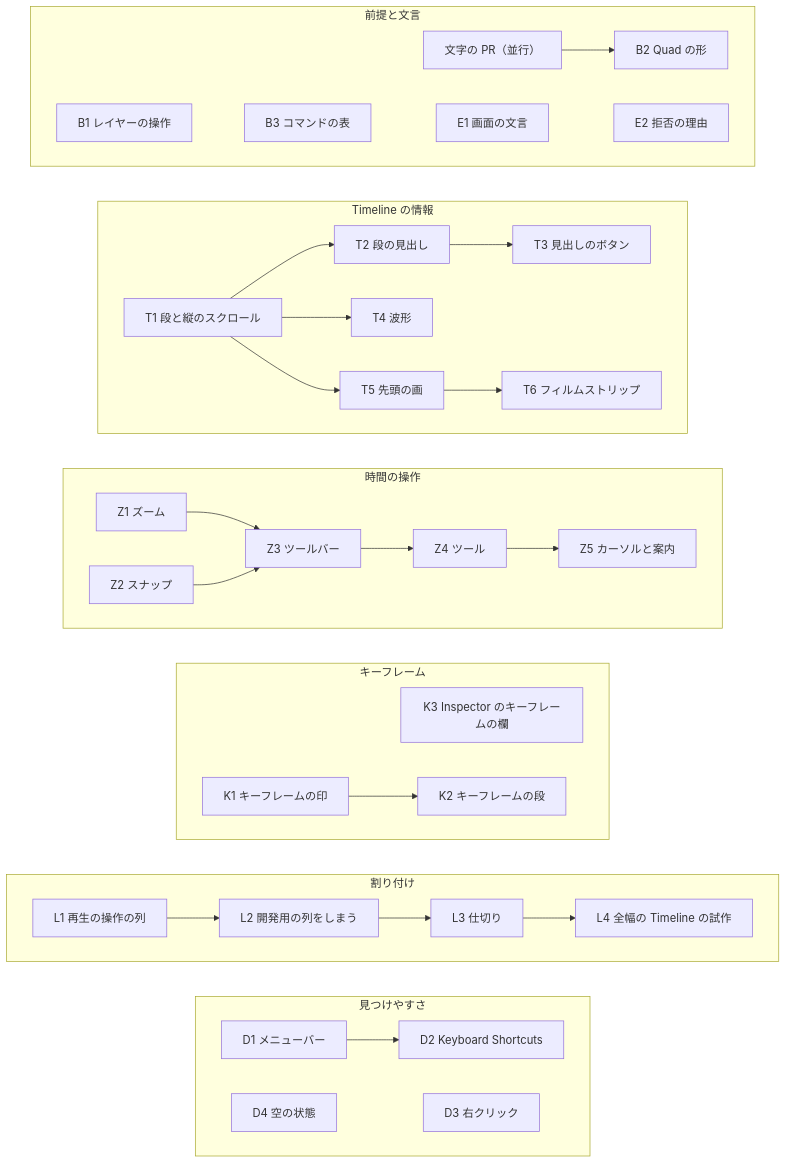
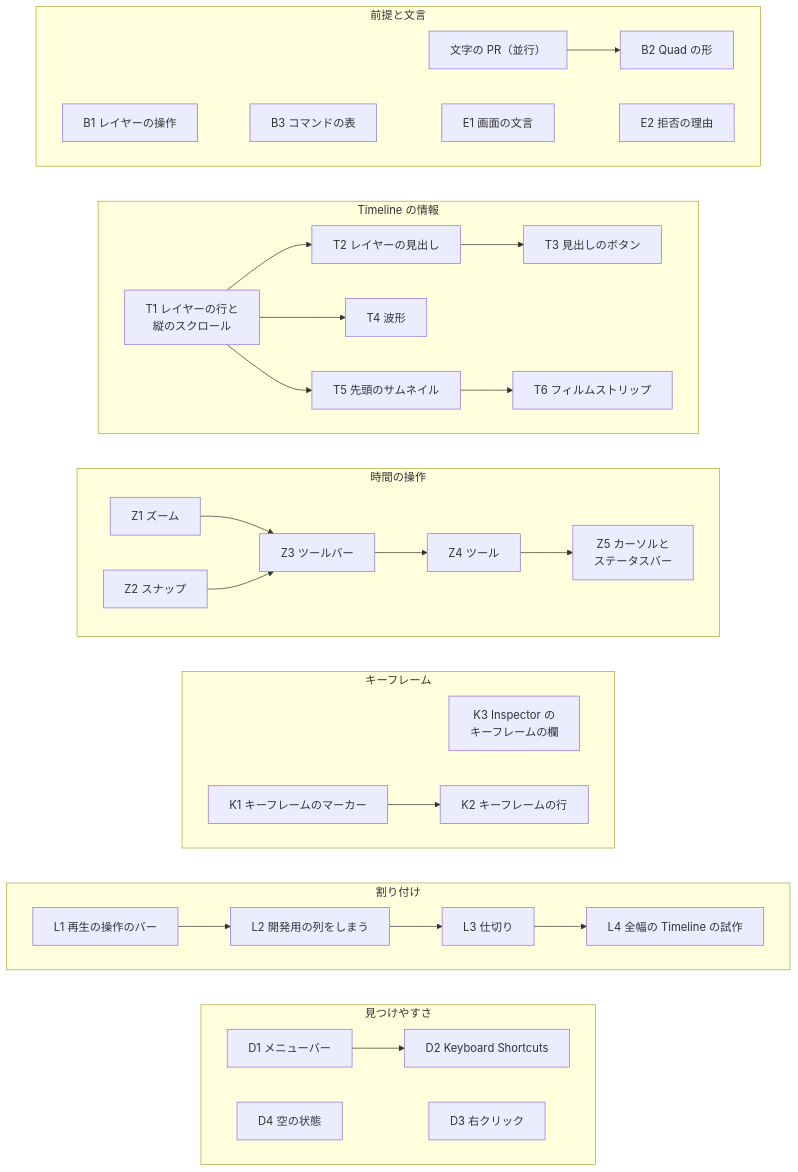
The second of 2 diagrams in movie-maker/docs/design/18-ui-clarity.md (durun-lab/claude-marketplace), drawn with Mermaid before and after one commit. The commit also changed other lines of this file and 4 other files, not shown here.

````diff
--- a/movie-maker/docs/design/18-ui-clarity.md
+++ b/movie-maker/docs/design/18-ui-clarity.md
@@ -334,34 +337,34 @@
 ```mermaid
 flowchart TB
   subgraph base["前提と文言"]
     direction LR
     TXT["文字の PR（並行）"] --> B2["B2 Quad の形"]
     B1["B1 レイヤーの操作"] ~~~ B3["B3 コマンドの表"] ~~~ E1["E1 画面の文言"] ~~~ E2["E2 拒否の理由"]
   end
   subgraph info["Timeline の情報"]
     direction LR
-    T1["T1 段と縦のスクロール"] --> T2["T2 段の見出し"] --> T3["T3 見出しのボタン"]
+    T1["T1 レイヤーの行と<br>縦のスクロール"] --> T2["T2 レイヤーの見出し"] --> T3["T3 見出しのボタン"]
     T1 --> T4["T4 波形"]
-    T1 --> T5["T5 先頭の画"] --> T6["T6 フィルムストリップ"]
+    T1 --> T5["T5 先頭のサムネイル"] --> T6["T6 フィルムストリップ"]
   end
   subgraph time["時間の操作"]
     direction LR
-    Z1["Z1 ズーム"] --> Z3["Z3 ツールバー"] --> Z4["Z4 ツール"] --> Z5["Z5 カーソルと案内"]
+    Z1["Z1 ズーム"] --> Z3["Z3 ツールバー"] --> Z4["Z4 ツール"] --> Z5["Z5 カーソルと<br>ステータスバー"]
     Z2["Z2 スナップ"] --> Z3
   end
   subgraph key["キーフレーム"]
     direction LR
-    K3["K3 Inspector のキーフレームの欄"]
-    K1["K1 キーフレームの印"] --> K2["K2 キーフレームの段"]
+    K3["K3 Inspector の<br>キーフレームの欄"]
+    K1["K1 キーフレームのマーカー"] --> K2["K2 キーフレームの行"]
   end
   subgraph layout["割り付け"]
     direction LR
-    L1["L1 再生の操作の列"] --> L2["L2 開発用の列をしまう"] --> L3["L3 仕切り"] --> L4["L4 全幅の Timeline の試作"]
+    L1["L1 再生の操作のバー"] --> L2["L2 開発用の列をしまう"] --> L3["L3 仕切り"] --> L4["L4 全幅の Timeline の試作"]
   end
   subgraph find["見つけやすさ"]
     direction LR
     D1["D1 メニューバー"] --> D2["D2 Keyboard Shortcuts"]
     D4["D4 空の状態"] ~~~ D3["D3 右クリック"]
   end
   base ~~~ info ~~~ time ~~~ key ~~~ layout ~~~ find
 ```
````
